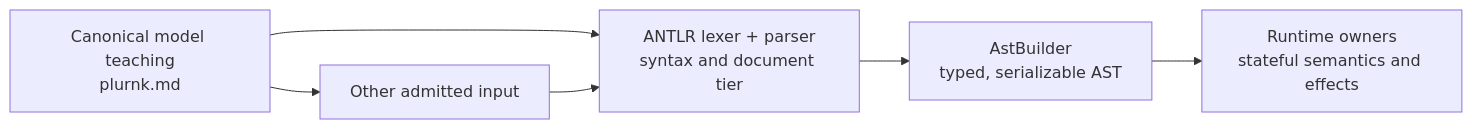
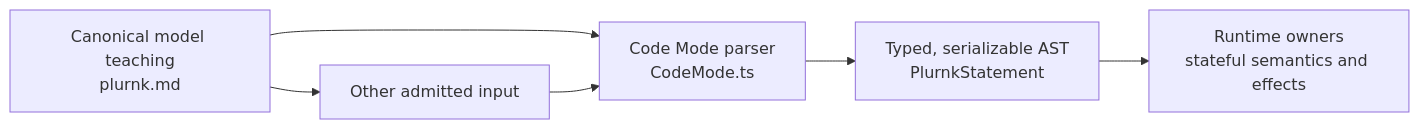
Before and after one commit to plurnk/plurnk-service: the first of 2 diagrams in plurnk-contracts/SPEC.md, drawn with Mermaid. The commit also changed other lines of this file and 2 other files, not shown here.

Commit message:
feat(contracts): rewrite plurnk.md and language spec for unwrapped Code Mode (#1410)

````diff
--- a/plurnk-contracts/SPEC.md
+++ b/plurnk-contracts/SPEC.md
@@ -21,13 +21,13 @@
 ```mermaid
 flowchart LR
     canon["Canonical model teaching<br/>plurnk.md"]
     free["Other admitted input"]
-    syntax["ANTLR lexer + parser<br/>syntax and document tier"]
-    ast["AstBuilder<br/>typed, serializable AST"]
+    syntax["Code Mode parser<br/>CodeMode.ts"]
+    ast["Typed, serializable AST<br/>PlurnkStatement"]
     runtime["Runtime owners<br/>stateful semantics and effects"]
     canon --> syntax
     canon --> free
     free --> syntax
     syntax --> ast
     ast --> runtime
 ```
````
